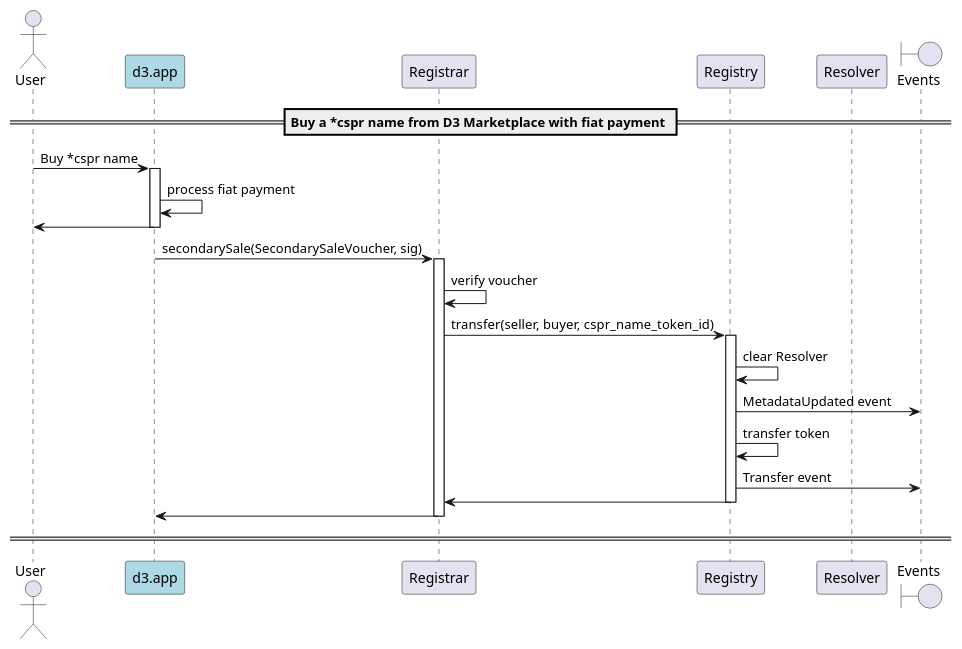
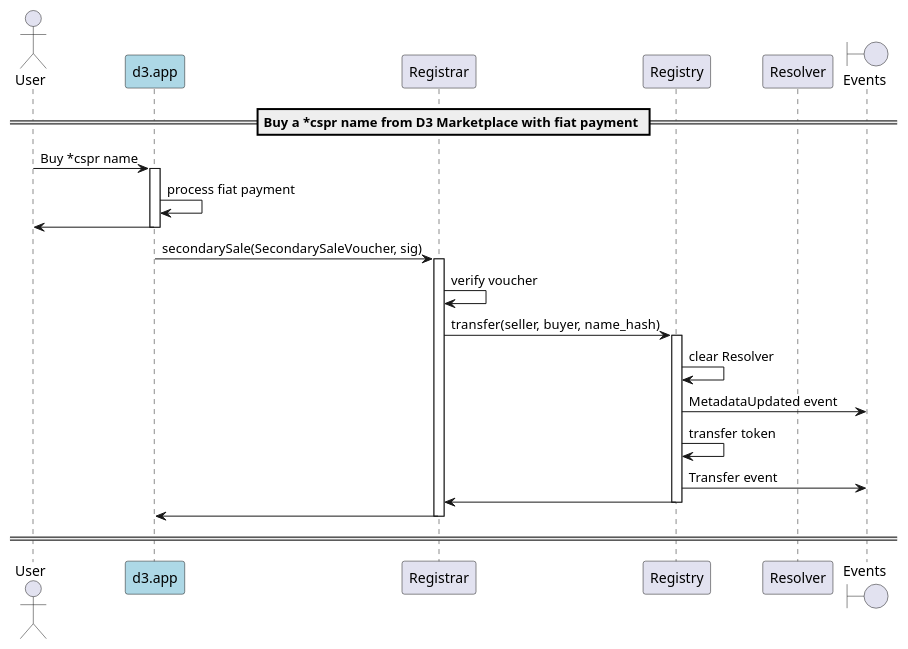
Before and after one commit to make-software/cspr-name-contracts: the diagram in docs/sequence-diagrams/puml/d3-marketplace-buy-fiat.puml, drawn with PlantUML. The commit also changed 22 other files, not shown here.

Commit message:
few text fixes. new diagram for can_transfer() filter contract logic

```diff
--- a/docs/sequence-diagrams/puml/d3-marketplace-buy-fiat.puml
+++ b/docs/sequence-diagrams/puml/d3-marketplace-buy-fiat.puml
@@ -1,36 +1,36 @@
 @startuml
 'https://plantuml.com/sequence-diagram
 
 'autonumber
 actor User
 participant "d3.app" as d3 #lightblue
 participant "Registrar"
 participant "Registry"
 participant "Resolver"
 boundary "Events"
 
 == Buy a *cspr name from D3 Marketplace with fiat payment ==
 
 User -> d3: Buy *cspr name
 activate d3
 d3 -> d3: process fiat payment
 d3 -> User
 deactivate d3
 
 d3 -> Registrar: secondarySale(SecondarySaleVoucher, sig)
 activate Registrar
 Registrar -> Registrar: verify voucher
-Registrar -> Registry: transfer(seller, buyer, cspr_name_token_id)
+Registrar -> Registry: transfer(seller, buyer, name_hash)
 activate Registry
 Registry -> Registry: clear Resolver
 Registry -> "Events": MetadataUpdated event
 Registry -> Registry: transfer token
 Registry -> "Events": Transfer event
 Registry -> Registrar
 deactivate Registry
 Registrar -> d3
 deactivate Registrar
 deactivate d3
 
 == ==
 @enduml
```
